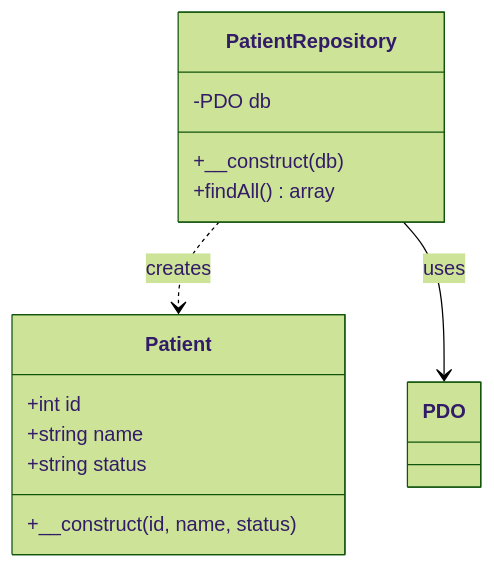
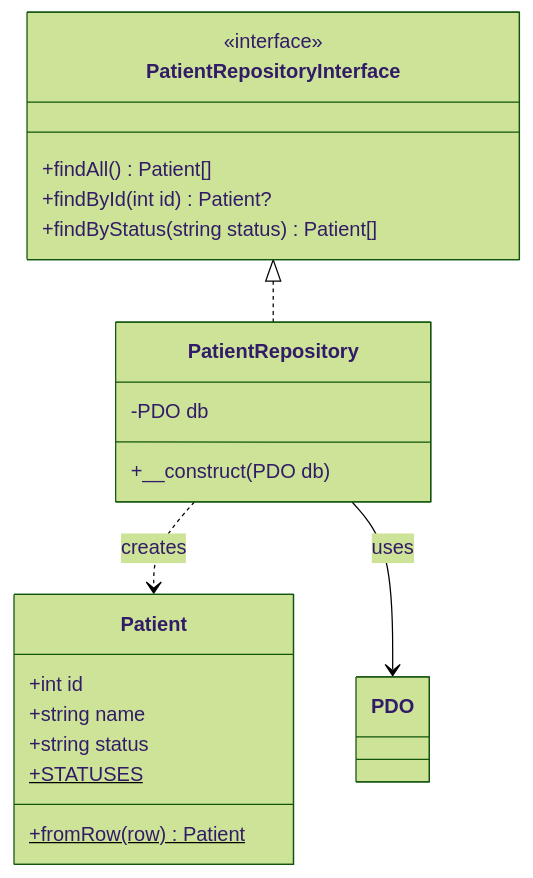
Before and after one commit to JoshuaOmosa/NexusCore: the third of 6 diagrams in README.md, drawn with Mermaid (forest theme). The commit also changed other lines of this file and 14 other files, not shown here.

First line of the commit message:
refactor: env-based config, repository interface, prepared queries, tests

````diff
--- a/README.md
+++ b/README.md
@@ -78,16 +83,23 @@
 ```mermaid
 classDiagram
     class Patient {
         +int id
         +string name
         +string status
-        +__construct(id, name, status)
+        +STATUSES$
+        +fromRow(row)$ Patient
+    }
+    class PatientRepositoryInterface {
+        <<interface>>
+        +findAll() Patient[]
+        +findById(int id) Patient?
+        +findByStatus(string status) Patient[]
     }
     class PatientRepository {
         -PDO db
-        +__construct(db)
-        +findAll() array
+        +__construct(PDO db)
     }
+    PatientRepositoryInterface <|.. PatientRepository
     PatientRepository ..> Patient : creates
     PatientRepository --> PDO : uses
 ```
````
